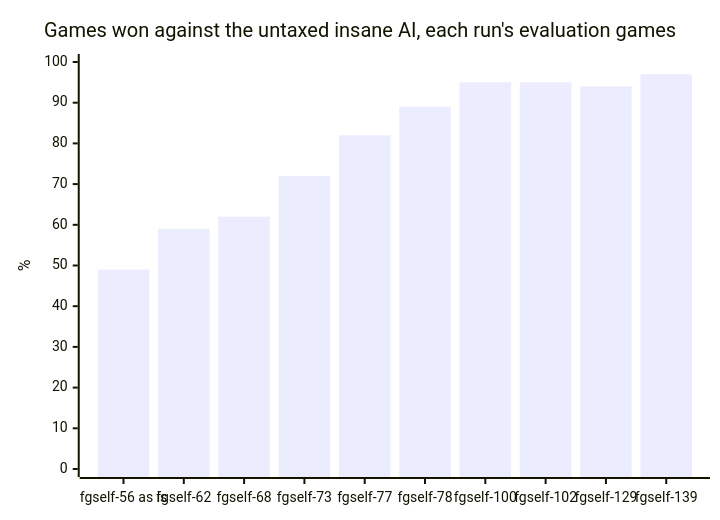
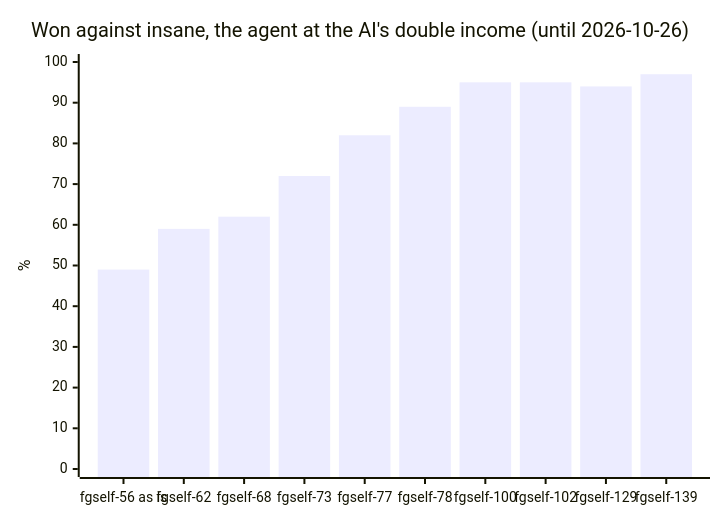
The second of 3 diagrams in docs/experiments.md (RobinKa/warcraftsim), drawn with Mermaid before and after one commit. The commit also changed other lines of this file and 7 other files, not shown here.

````diff
--- a/docs/experiments.md
+++ b/docs/experiments.md
@@ -21,7 +21,7 @@
 ```mermaid
 xychart-beta
-  title "Games won against the untaxed insane AI, each run's evaluation games"
+  title "Won against insane, the agent at the AI's double income (until 2026-10-26)"
   x-axis ["fgself-56 as is", "fgself-62", "fgself-68", "fgself-73", "fgself-77", "fgself-78", "fgself-100", "fgself-102", "fgself-129", "fgself-139"]
   y-axis "%" 0 --> 100
   bar [49, 59, 62, 72, 82, 89, 95, 95, 94, 97]
 ```
````
